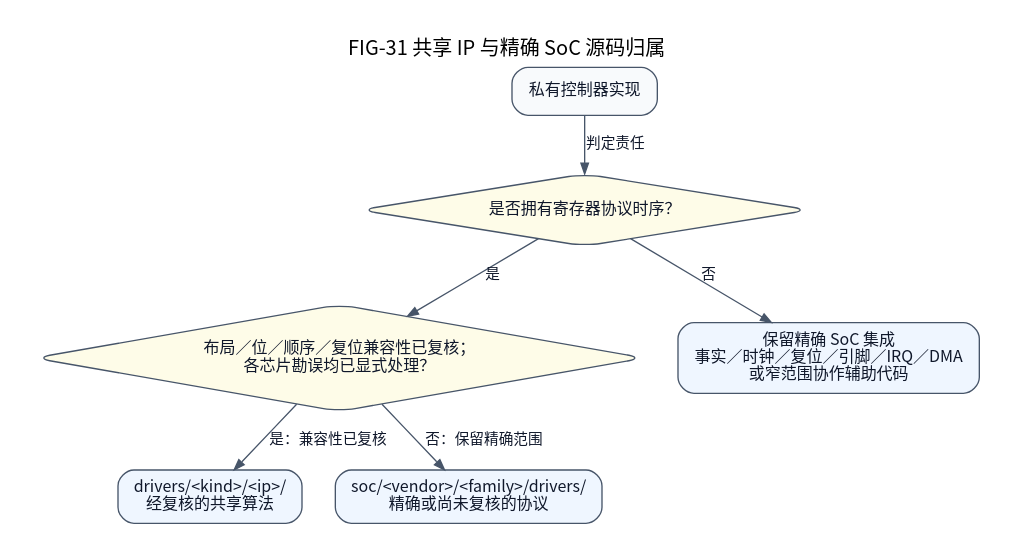
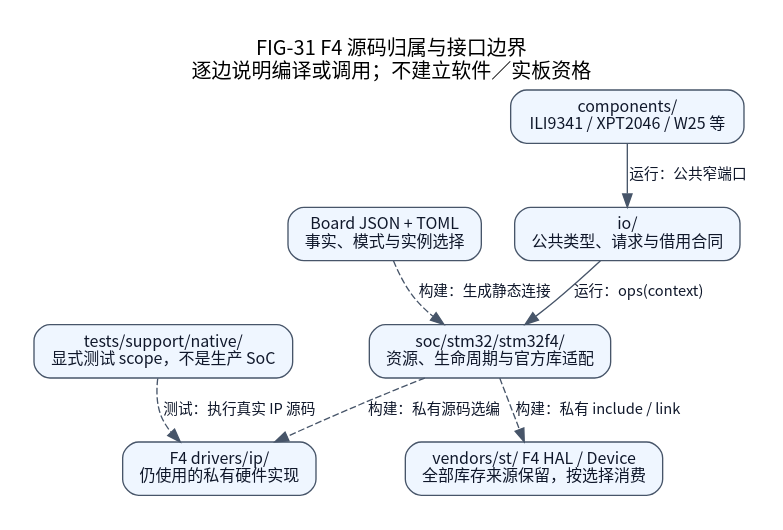
One commit to X-Gen-Lab/nexus changed the diagram in docs/assets/diagrams/localized/zh_CN/driver-source-ownership.dot. Above: the diagram before and after it, drawn with Graphviz. The commit also changed 2170 other files, not shown here.

```diff
--- a/docs/assets/diagrams/localized/zh_CN/driver-source-ownership.dot
+++ b/docs/assets/diagrams/localized/zh_CN/driver-source-ownership.dot
@@ -1,28 +1,19 @@
-// FIG-31 current: maintenance decisions, not runtime calls or qualification.
-// Source basis: 7b985c4c source layout and docs/guides/provider-porting.md.
-digraph DriverSourceOwnership {
-    graph [label="FIG-31 共享 IP 与精确 SoC 源码归属",
-           rankdir=TB, bgcolor="white", pad=0.25, nodesep=0.35,
-           ranksep=0.45, fontname="Noto Sans CJK SC", fontsize=15,
-           labelloc=t];
-    node [shape=box, style="rounded,filled", fillcolor="#eff6ff",
-          color="#475569", fontcolor="#0f172a", fontname="Noto Sans CJK SC",
-          fontsize=12, margin="0.16,0.10"];
-    edge [color="#475569", fontcolor="#0f172a",
-          fontname="Noto Sans CJK SC", fontsize=11, arrowsize=0.8];
-
-    work [label="私有控制器实现", fillcolor="#f8fafc"];
-    protocol [label="是否拥有寄存器协议时序？", shape=diamond,
-              fillcolor="#fefce8"];
-    reviewed [label="布局／位／顺序／复位兼容性已复核；\n各芯片勘误均已显式处理？",
-              shape=diamond, fillcolor="#fefce8"];
-    integration [label="保留精确 SoC 集成\n事实／时钟／复位／引脚／IRQ／DMA\n或窄范围协作辅助代码"];
-    shared [label="drivers/<kind>/<ip>/\n经复核的共享算法"];
-    exact [label="soc/<vendor>/<family>/drivers/\n精确或尚未复核的协议"];
-
-    work -> protocol [label="判定责任"];
-    protocol -> integration [label="否"];
-    protocol -> reviewed [label="是"];
-    reviewed -> shared [label="是：兼容性已复核"];
-    reviewed -> exact [label="否：保留精确范围"];
+// FIG-31 current: F4 source ownership; labels distinguish calls and build inputs.
+digraph F4SourceOwnership {
+  graph [rankdir=TB, bgcolor="white", pad=0.25, nodesep=0.35, ranksep=0.5, fontname="Noto Sans CJK SC", fontsize=15, labelloc=t, label="FIG-31 F4 源码归属与接口边界\n逐边说明编译或调用；不建立软件／实板资格"];
+  node [shape=box, style="rounded,filled", fillcolor="#eff6ff", color="#475569", fontcolor="#0f172a", fontname="Noto Sans CJK SC", fontsize=12, margin="0.16,0.10"];
+  edge [color="#475569", fontcolor="#0f172a", fontname="Noto Sans CJK SC", fontsize=11];
+  io [label="io/\n公共类型、请求与借用合同"];
+  f4 [label="soc/stm32/stm32f4/\n资源、生命周期与官方库适配"];
+  ip [label="F4 drivers/ip/\n仍使用的私有硬件实现"];
+  vendor [label="vendors/st/ F4 HAL / Device\n全部库存来源保留，按选择消费"];
+  host [label="tests/support/native/\n显式测试 scope，不是生产 SoC"];
+  components [label="components/\nILI9341 / XPT2046 / W25 等"];
+  config [label="Board JSON + TOML\n事实、模式与实例选择"];
+  io -> f4 [label="运行：ops(context)"];
+  f4 -> ip [label="构建：私有源码选编", style=dashed];
+  f4 -> vendor [label="构建：私有 include / link", style=dashed];
+  host -> ip [label="测试：执行真实 IP 源码", style=dashed];
+  components -> io [label="运行：公共窄端口"];
+  config -> f4 [label="构建：生成静态连接", style=dashed];
 }
```
